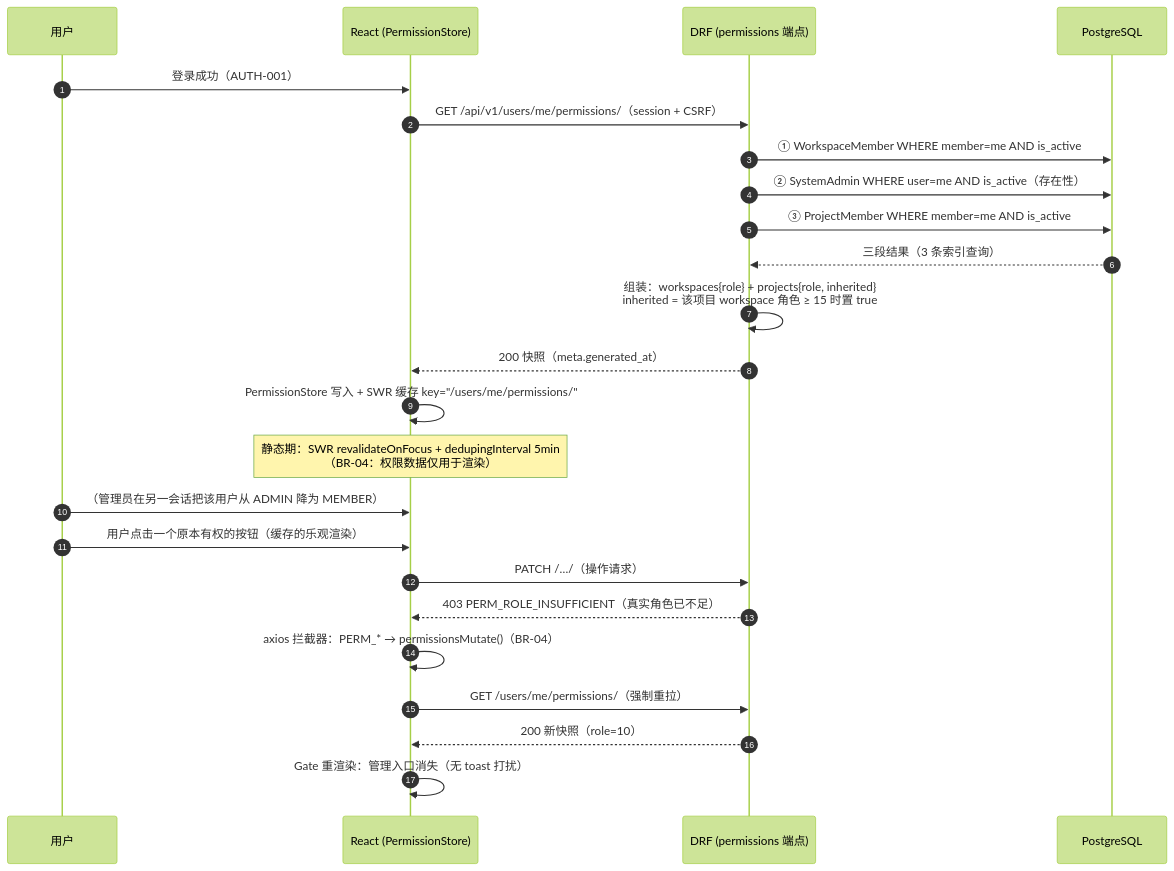
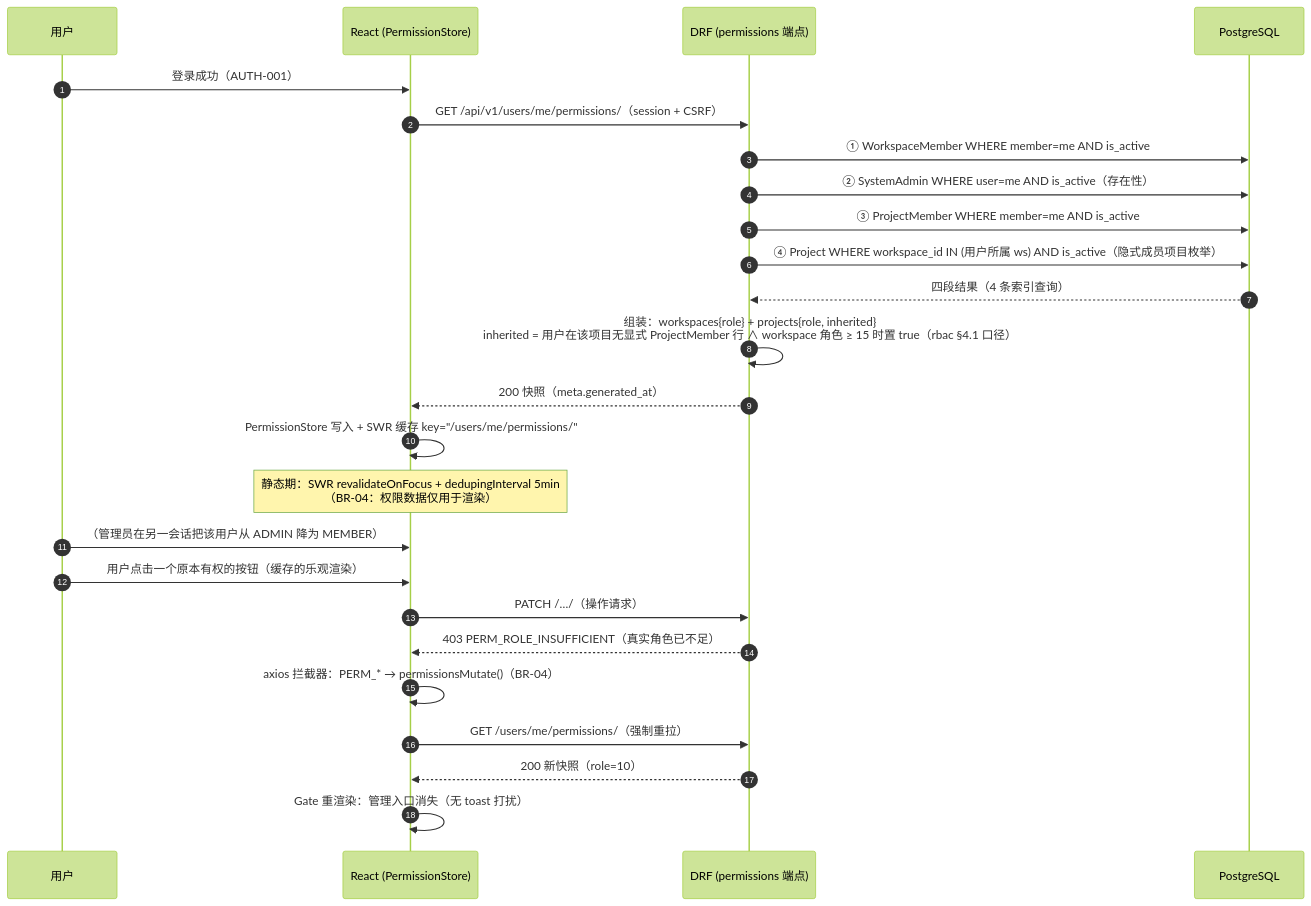
Before and after one commit to RabbitAI-Lab/RabbitProjects: the second of 4 diagrams in docs/sprint-1-mvp/AUTH-005-button-permission.md, drawn with Mermaid (forest theme). The commit also changed other lines of this file, not shown here.

````diff
--- a/docs/sprint-1-mvp/AUTH-005-button-permission.md
+++ b/docs/sprint-1-mvp/AUTH-005-button-permission.md
@@ -145,29 +145,30 @@
 ```mermaid
 sequenceDiagram
     autonumber
     participant U as 用户
     participant W as React (PermissionStore)
     participant A as DRF (permissions 端点)
     participant D as PostgreSQL
 
     U->>W: 登录成功（AUTH-001）
     W->>A: GET /api/v1/users/me/permissions/（session + CSRF）
     A->>D: ① WorkspaceMember WHERE member=me AND is_active
     A->>D: ② SystemAdmin WHERE user=me AND is_active（存在性）
     A->>D: ③ ProjectMember WHERE member=me AND is_active
-    D-->>A: 三段结果（3 条索引查询）
-    A->>A: 组装：workspaces{role} + projects{role, inherited}<br/>inherited = 该项目 workspace 角色 ≥ 15 时置 true
+    A->>D: ④ Project WHERE workspace_id IN (用户所属 ws) AND is_active（隐式成员项目枚举）
+    D-->>A: 四段结果（4 条索引查询）
+    A->>A: 组装：workspaces{role} + projects{role, inherited}<br/>inherited = 用户在该项目无显式 ProjectMember 行 ∧ workspace 角色 ≥ 15 时置 true（rbac §4.1 口径）
     A-->>W: 200 快照（meta.generated_at）
     W->>W: PermissionStore 写入 + SWR 缓存 key="/users/me/permissions/"
 
     Note over W: 静态期：SWR revalidateOnFocus + dedupingInterval 5min<br/>（BR-04：权限数据仅用于渲染）
 
     U->>W: （管理员在另一会话把该用户从 ADMIN 降为 MEMBER）
     U->>W: 用户点击一个原本有权的按钮（缓存的乐观渲染）
     W->>A: PATCH /…/（操作请求）
     A-->>W: 403 PERM_ROLE_INSUFFICIENT（真实角色已不足）
     W->>W: axios 拦截器：PERM_* → permissionsMutate()（BR-04）
     W->>A: GET /users/me/permissions/（强制重拉）
     A-->>W: 200 新快照（role=10）
     W->>W: Gate 重渲染：管理入口消失（无 toast 打扰）
 ```
````
